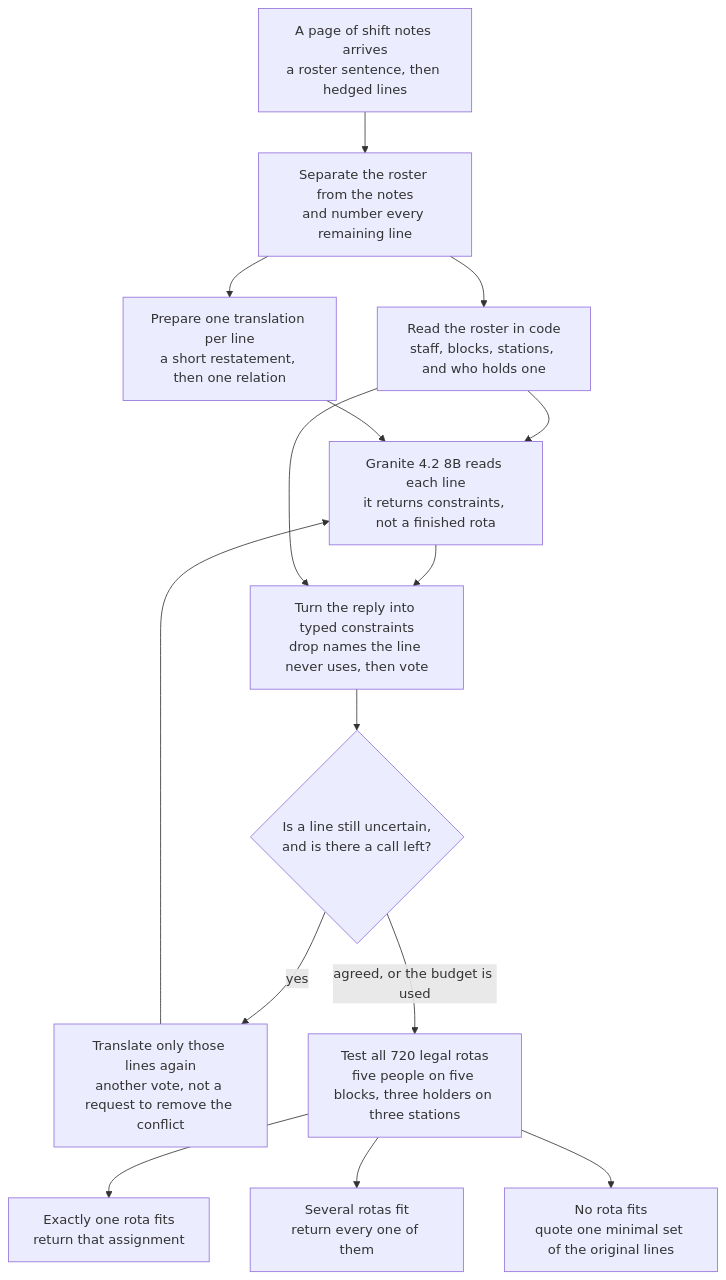
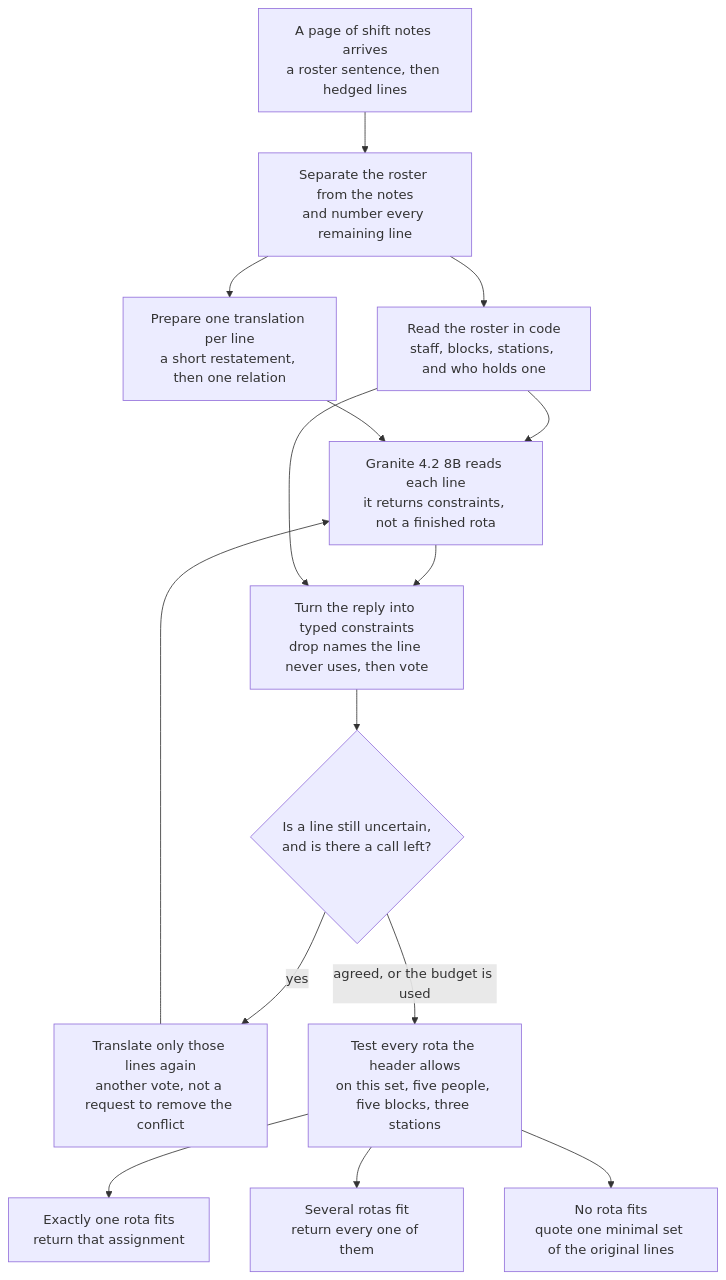
The diagram in README.md (keshav-077/shift-notes-solver), drawn with Mermaid before and after one commit. The commit also changed other lines of this file, not shown here.

````diff
--- a/README.md
+++ b/README.md
@@ -64,30 +106,30 @@
 ```mermaid
 flowchart TD
     notes["A page of shift notes arrives<br/>a roster sentence, then hedged lines"]
     split["Separate the roster from the notes<br/>and number every remaining line"]
     roster["Read the roster in code<br/>staff, blocks, stations, and who holds one"]
     ask["Prepare one translation per line<br/>a short restatement, then one relation"]
     model["Granite 4.2 8B reads each line<br/>it returns constraints, not a finished rota"]
     check["Turn the reply into typed constraints<br/>drop names the line never uses, then vote"]
     repair{"Is a line still uncertain,<br/>and is there a call left?"}
     again["Translate only those lines again<br/>another vote, not a request to remove the conflict"]
-    search["Test all 720 legal rotas<br/>five people on five blocks, three holders on three stations"]
+    search["Test every rota the header allows<br/>on this set, five people, five blocks, three stations"]
     one["Exactly one rota fits<br/>return that assignment"]
     many["Several rotas fit<br/>return every one of them"]
     none["No rota fits<br/>quote one minimal set of the original lines"]
 
     notes --> split
     split --> roster
     split --> ask
     roster --> model
     ask --> model
     model --> check
     roster --> check
     check --> repair
     repair -->|yes| again
     again --> model
     repair -->|agreed, or the budget is used| search
     search --> one
     search --> many
     search --> none
 ```
````
